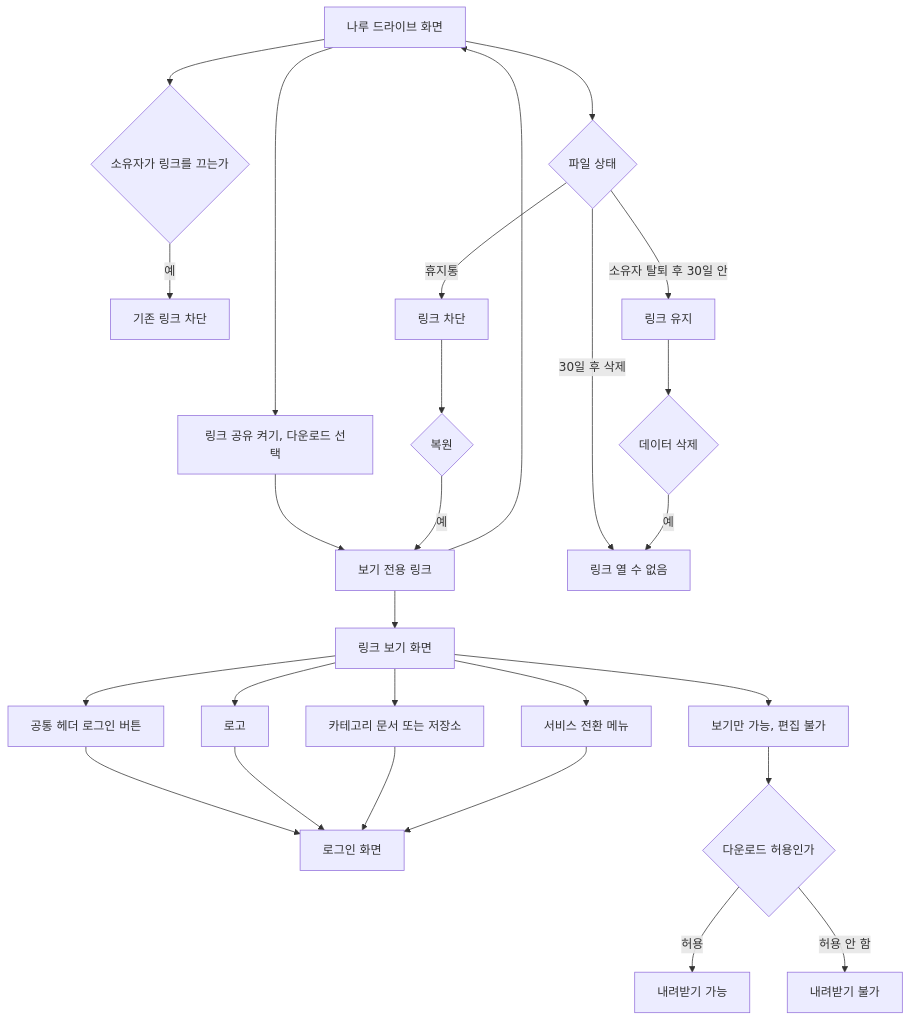
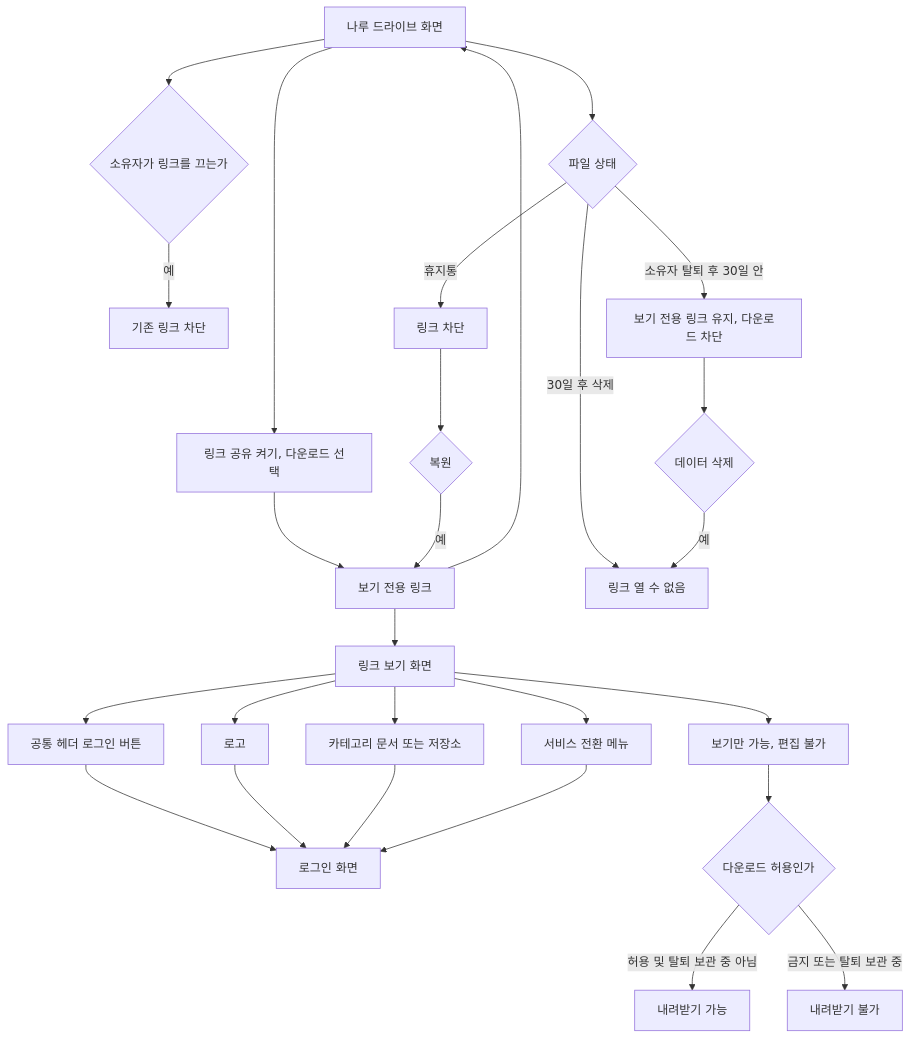
Before and after one commit to HoBaeBang/naruworks-platform: the fourth of 7 diagrams in docs/01-planning/user-flow/UF.md, drawn with Mermaid. The commit also changed other lines of this file and 25 other files, not shown here.

````diff
--- a/docs/01-planning/user-flow/UF.md
+++ b/docs/01-planning/user-flow/UF.md
@@ -250,29 +254,29 @@
 ```mermaid
 flowchart TD
   owner["나루 드라이브 화면"] --> create["링크 공유 켜기, 다운로드 선택"]
   create --> linkMade["보기 전용 링크"]
   linkMade --> guest["링크 보기 화면"]
   linkMade --> owner
   guest --> loginBtn["공통 헤더 로그인 버튼"]
   guest --> logo["로고"]
   guest --> headerCat["카테고리 문서 또는 저장소"]
   guest --> svcMenu["서비스 전환 메뉴"]
   loginBtn --> login["로그인 화면"]
   logo --> login
   headerCat --> login
   svcMenu --> login
   guest --> view["보기만 가능, 편집 불가"]
   view --> dl{"다운로드 허용인가"}
-  dl -->|"허용"| canGet["내려받기 가능"]
-  dl -->|"허용 안 함"| noGet["내려받기 불가"]
+  dl -->|"허용 및 탈퇴 보관 중 아님"| canGet["내려받기 가능"]
+  dl -->|"금지 또는 탈퇴 보관 중"| noGet["내려받기 불가"]
   owner --> off{"소유자가 링크를 끄는가"}
   off -->|"예"| closed["기존 링크 차단"]
   owner --> state{"파일 상태"}
   state -->|"휴지통"| blocked["링크 차단"]
   blocked --> restored{"복원"}
   restored -->|"예"| linkMade
   state -->|"30일 후 삭제"| dead["링크 열 수 없음"]
-  state -->|"소유자 탈퇴 후 30일 안"| keep["링크 유지"]
+  state -->|"소유자 탈퇴 후 30일 안"| keep["보기 전용 링크 유지, 다운로드 차단"]
   keep --> deadEnd{"데이터 삭제"}
   deadEnd -->|"예"| dead
 ```
````
